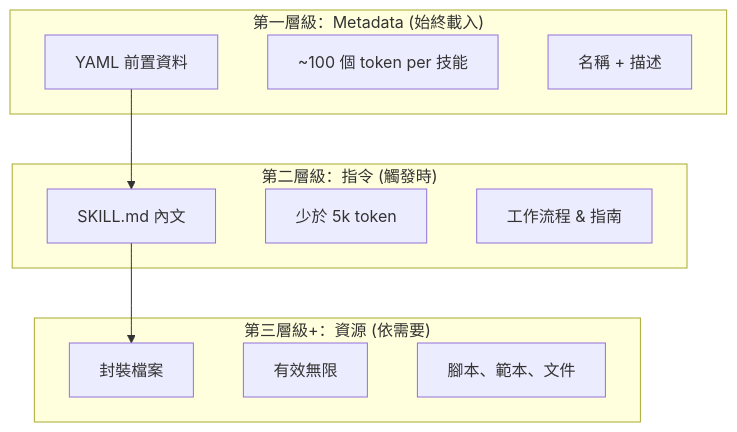
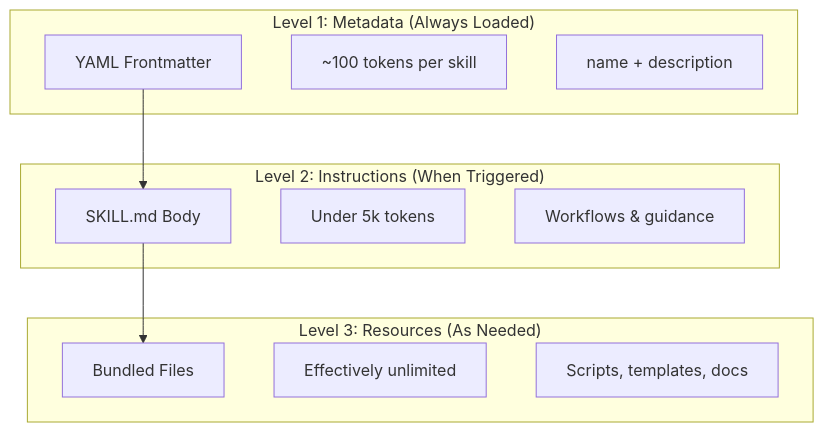
One commit to huckly/claude-howto-zh-tw changed the first of 2 diagrams in 03-skills/README.md. Above: the diagram before and after it, drawn with Mermaid. The commit also changed other lines of this file, not shown here.

````diff
--- a/03-skills/README.md
+++ b/03-skills/README.md
@@ -27,23 +32,23 @@
 ```mermaid
 graph TB
-    subgraph "第一層級：Metadata (始終載入)"
-        A["YAML 前置資料"]
-        A1["~100 個 token per 技能"]
-        A2["名稱 + 描述"]
+    subgraph "Level 1: Metadata (Always Loaded)"
+        A["YAML Frontmatter"]
+        A1["~100 tokens per skill"]
+        A2["name + description"]
     end
 
-    subgraph "第二層級：指令 (觸發時)"
-        B["SKILL.md 內文"]
-        B1["少於 5k token"]
-        B2["工作流程 & 指南"]
+    subgraph "Level 2: Instructions (When Triggered)"
+        B["SKILL.md Body"]
+        B1["Under 5k tokens"]
+        B2["Workflows & guidance"]
     end
 
-    subgraph "第三層級+：資源 (依需要)"
-        C["封裝檔案"]
-        C1["有效無限"]
-        C2["腳本、範本、文件"]
+    subgraph "Level 3: Resources (As Needed)"
+        C["Bundled Files"]
+        C1["Effectively unlimited"]
+        C2["Scripts, templates, docs"]
     end
 
     A --> B
     B --> C
 ```
````
